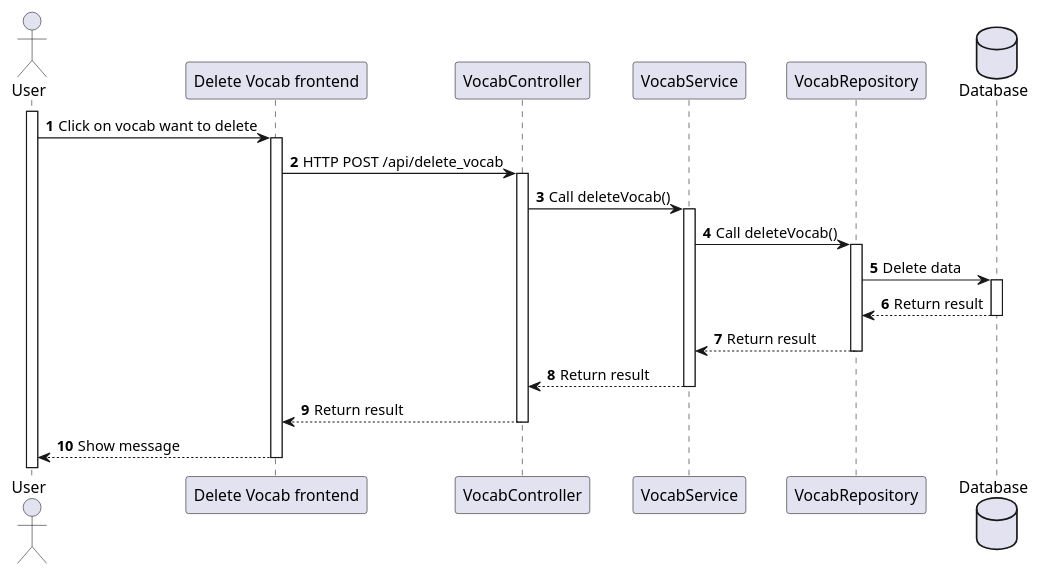
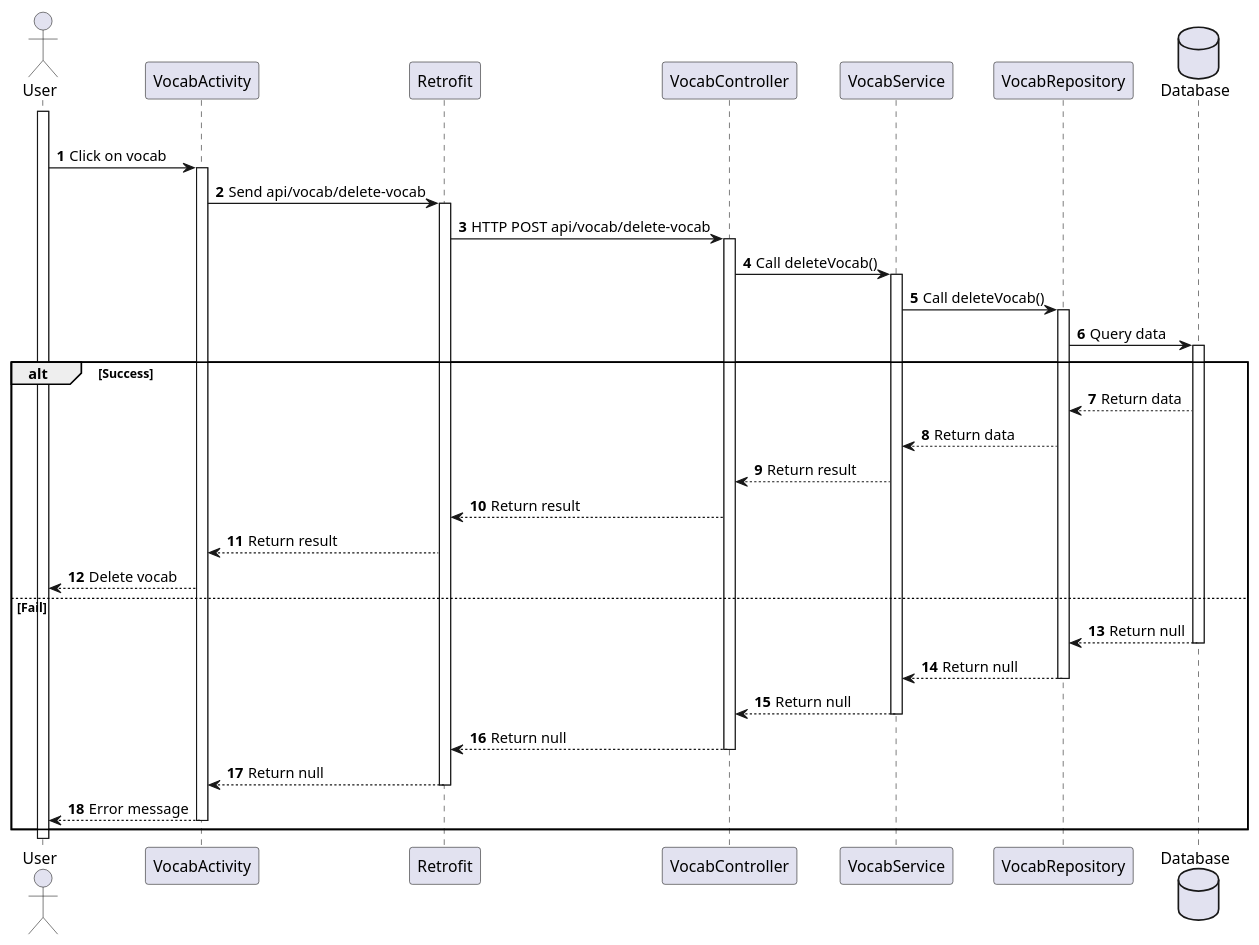
The diagram in japanese-app/plant_uml/vocab/Delete_Vocab.puml (Annthe160639/japanese-app), drawn with PlantUML before and after one commit. The commit also changed 13 other files, not shown here.

```diff
--- a/japanese-app/plant_uml/vocab/Delete_Vocab.puml
+++ b/japanese-app/plant_uml/vocab/Delete_Vocab.puml
@@ -1,31 +1,41 @@
 @startuml
 'https://plantuml.com/sequence-diagram
 
 autonumber
 
 actor User
 
-participant "Delete Vocab frontend" as fe
+participant "VocabActivity" as Vocab
+participant "Retrofit" as Retrofit
 participant "VocabController" as Controller
 participant "VocabService" as Service
-participant "VocabRepository" as Repository
+participant "VocabRepository" as Repo
 
 database Database
 activate User
+alt Success
+User -> Vocab++: Click on vocab
+Vocab -> Retrofit++: Send api/vocab/delete-vocab
+Retrofit -> Controller++: HTTP POST api/vocab/delete-vocab
+Controller -> Service++: Call deleteVocab()
+Service -> Repo++: Call deleteVocab()
+Repo -> Database++: Query data
+alt Success
+Database-->Repo: Return data
+Repo-->Service: Return data
 
-User -> fe++: Click on vocab want to delete
+Service-->Controller: Return result
+Controller-->Retrofit: Return result
+Retrofit --> Vocab: Return result
+Vocab --> User: Delete vocab
 
-fe -> Controller++: HTTP POST /api/delete_vocab
-Controller -> Service++: Call deleteVocab()
-Service -> Repository++: Call deleteVocab()
-Repository -> Database++: Delete data
-
-Database --> Repository--: Return result
-Repository --> Service--: Return result
-Service --> Controller--: Return result
-Controller --> fe--: Return result
-fe --> User--: Show message
-
-
+else Fail
+Database-->Repo--:Return null
+Repo-->Service--:Return null
+Service-->Controller--: Return null
+Controller-->Retrofit--: Return null
+Retrofit --> Vocab--: Return null
+Vocab --> User--: Error message
+end
 
 @enduml
```
